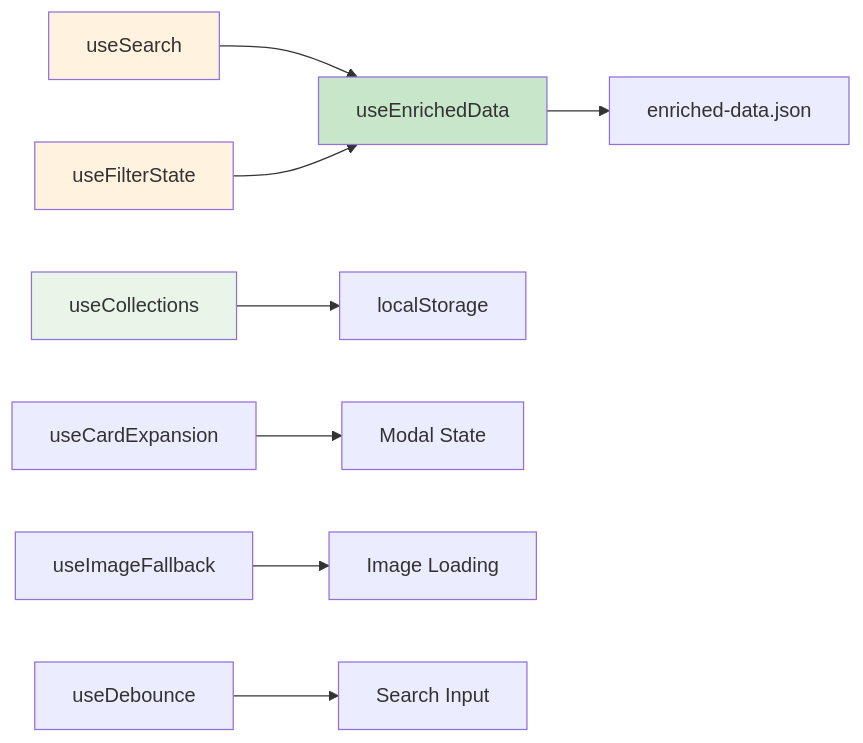
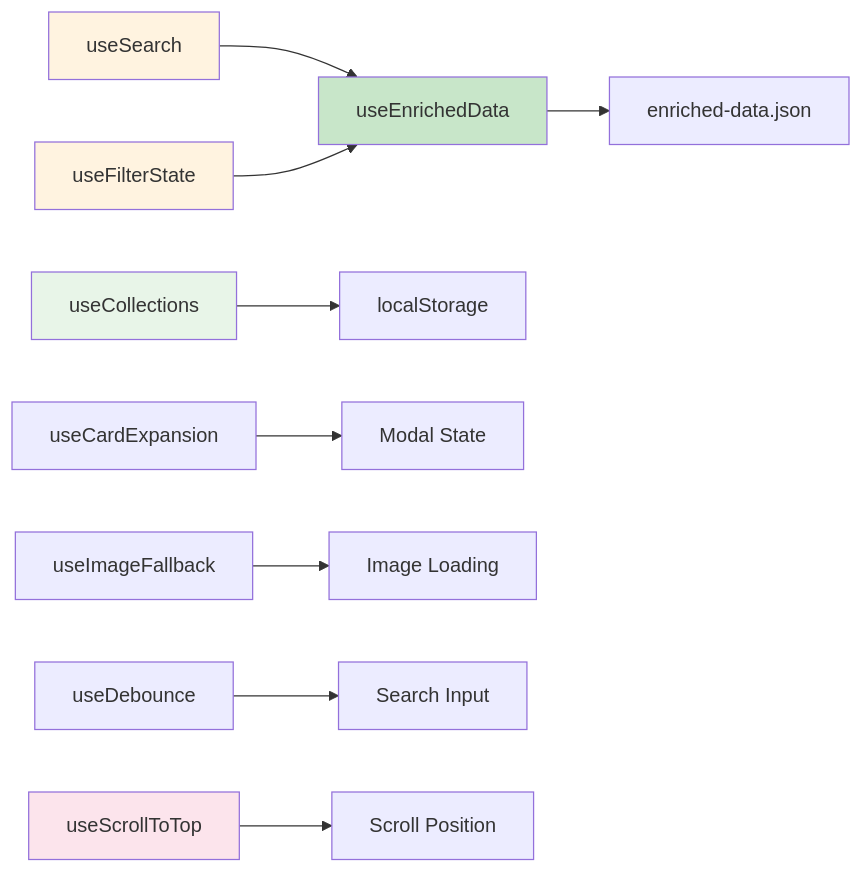
Before and after one commit to AustroMelee/Austros-ATLA-World: the sixth of 18 diagrams in docs/data flow.md, drawn with Mermaid. The commit also changed other lines of this file and 132 other files, not shown here.

````diff
--- a/docs/data flow.md
+++ b/docs/data flow.md
@@ -157,16 +184,18 @@
 ```mermaid
 graph LR
     A[useEnrichedData] --> B[enriched-data.json]
     C[useSearch] --> A
     D[useFilterState] --> A
     E[useCollections] --> F[localStorage]
     
     G[useCardExpansion] --> H[Modal State]
     I[useImageFallback] --> J[Image Loading]
     K[useDebounce] --> L[Search Input]
+    M[useScrollToTop] --> N[Scroll Position]
     
     style A fill:#c8e6c9
     style C fill:#fff3e0
     style D fill:#fff3e0
     style E fill:#e8f5e8
+    style M fill:#fce4ec
 ```
````
